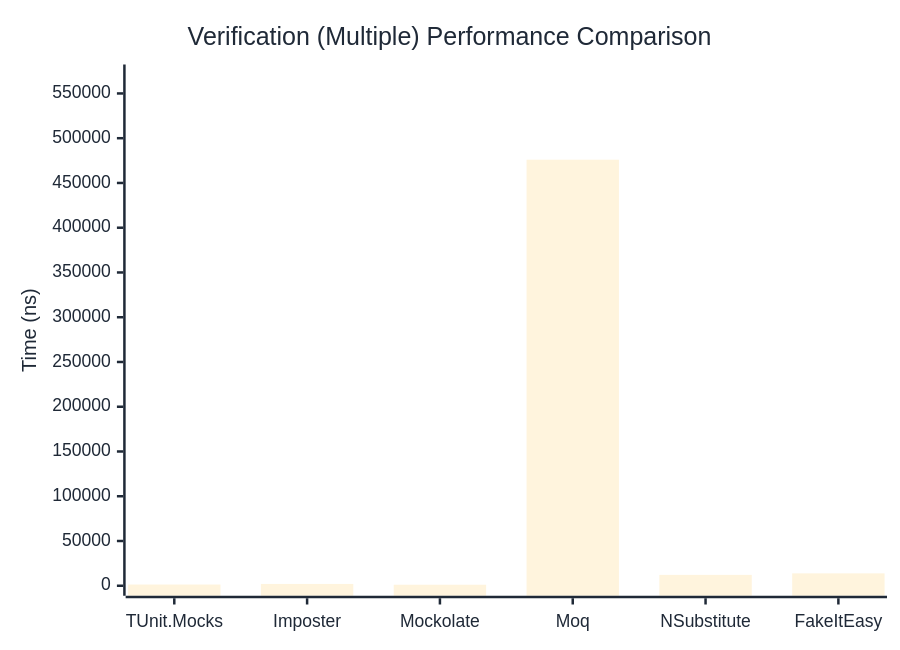
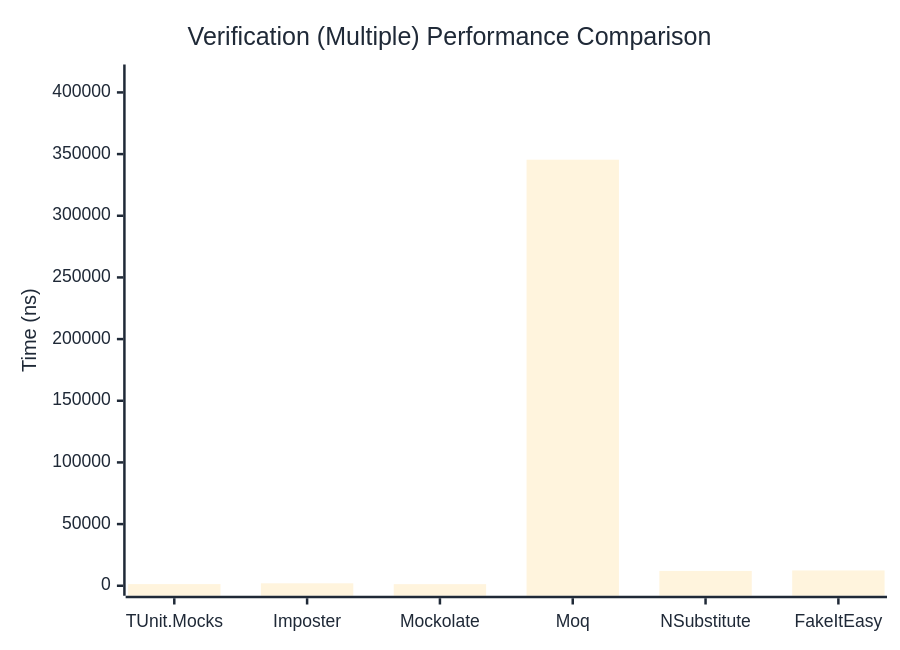
One commit to thomhurst/TUnit changed the third of 3 diagrams in docs/docs/benchmarks/mocks/Verification.md. Above: the diagram before and after it, drawn with Mermaid. The commit also changed other lines of this file and 14 other files, not shown here.

````diff
--- a/docs/docs/benchmarks/mocks/Verification.md
+++ b/docs/docs/benchmarks/mocks/Verification.md
@@ -112,27 +112,27 @@
 ```mermaid
 %%{init: {
   'theme':'base',
   'themeVariables': {
     'primaryColor': '#2563eb',
     'primaryTextColor': '#1f2937',
     'primaryBorderColor': '#1e40af',
     'lineColor': '#6b7280',
     'secondaryColor': '#7c3aed',
     'tertiaryColor': '#dc2626',
     'background': '#ffffff',
     'pie1': '#2563eb',
     'pie2': '#7c3aed',
     'pie3': '#dc2626',
     'pie4': '#f59e0b',
     'pie5': '#10b981',
     'pie6': '#06b6d4',
     'pie7': '#ec4899',
     'pie8': '#6366f1'
   }
 }}%%
 xychart-beta
   title "Verification (Multiple) Performance Comparison"
   x-axis ["TUnit.Mocks", "Imposter", "Mockolate", "Moq", "NSubstitute", "FakeItEasy"]
-  y-axis "Time (ns)" 0 --> 571175
-  bar [1365.39, 2022.01, 1142.28, 475978.55, 12134.89, 13846.77]
+  y-axis "Time (ns)" 0 --> 414534
+  bar [1338.64, 1981.97, 1288.8, 345444.27, 12012.73, 12404.93]
 ```
````
